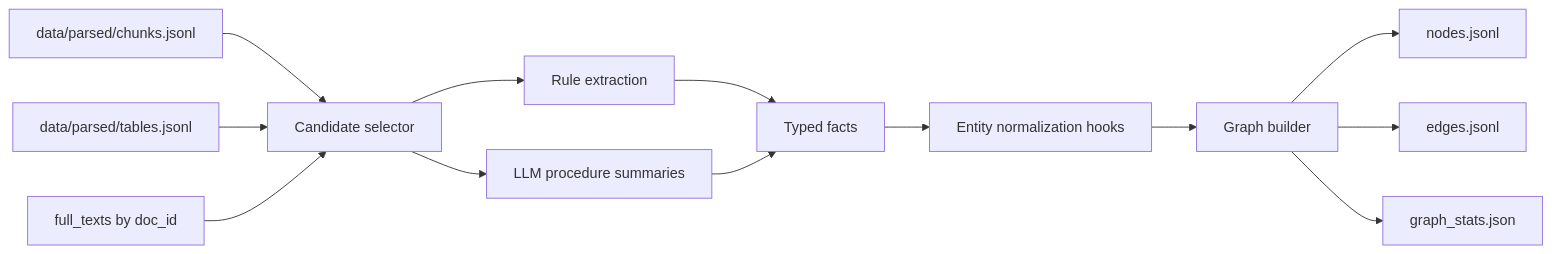
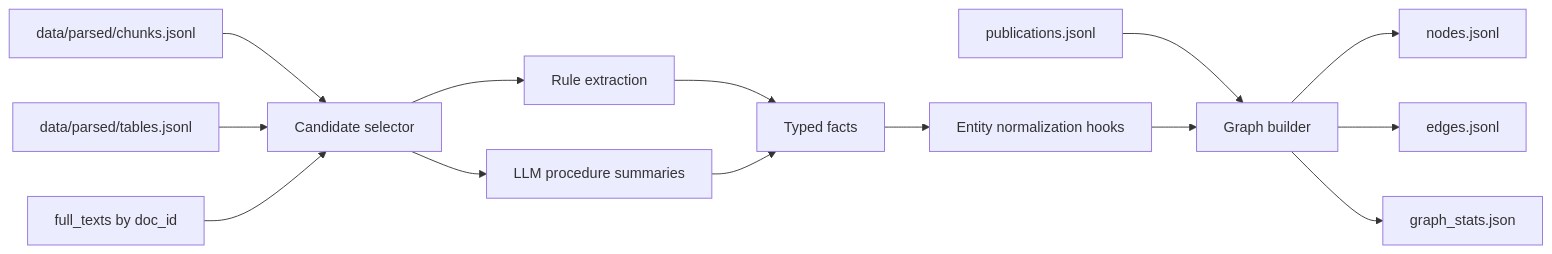
Before and after one commit to danilalebedev/RAG-System-for-material-science: the diagram in tasks/02_summary_graph/README.md, drawn with Mermaid. The commit also changed other lines of this file and 5 other files, not shown here.

````diff
--- a/tasks/02_summary_graph/README.md
+++ b/tasks/02_summary_graph/README.md
@@ -27,15 +29,16 @@
 ```mermaid
 flowchart LR
     A["data/parsed/chunks.jsonl"] --> B["Candidate selector"]
     C["data/parsed/tables.jsonl"] --> B
     D["full_texts by doc_id"] --> B
+    P["publications.jsonl"] --> I
     B --> E["Rule extraction"]
     B --> F["LLM procedure summaries"]
     E --> G["Typed facts"]
     F --> G
     G --> H["Entity normalization hooks"]
     H --> I["Graph builder"]
     I --> J["nodes.jsonl"]
     I --> K["edges.jsonl"]
     I --> L["graph_stats.json"]
 ```
````
